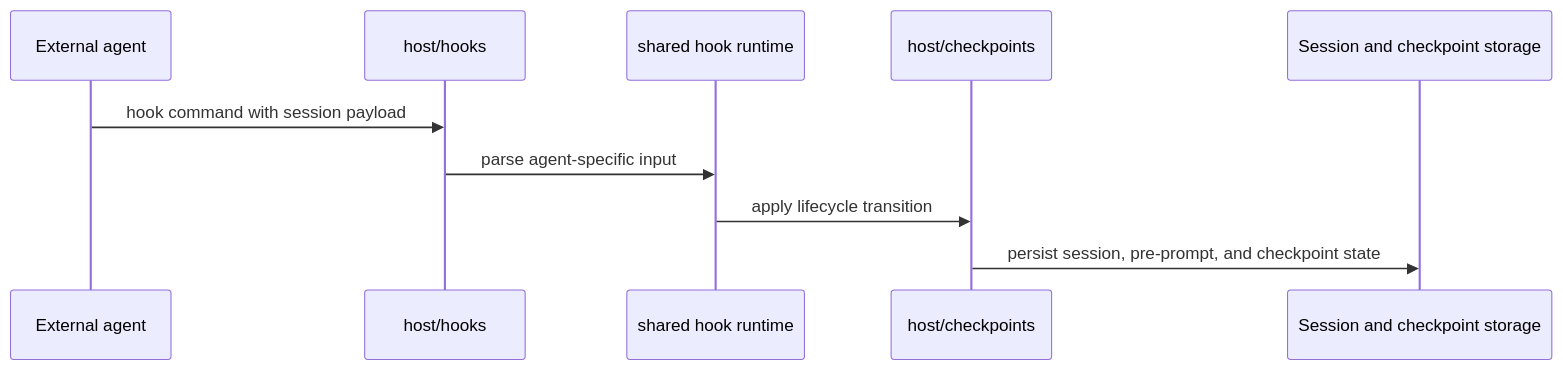
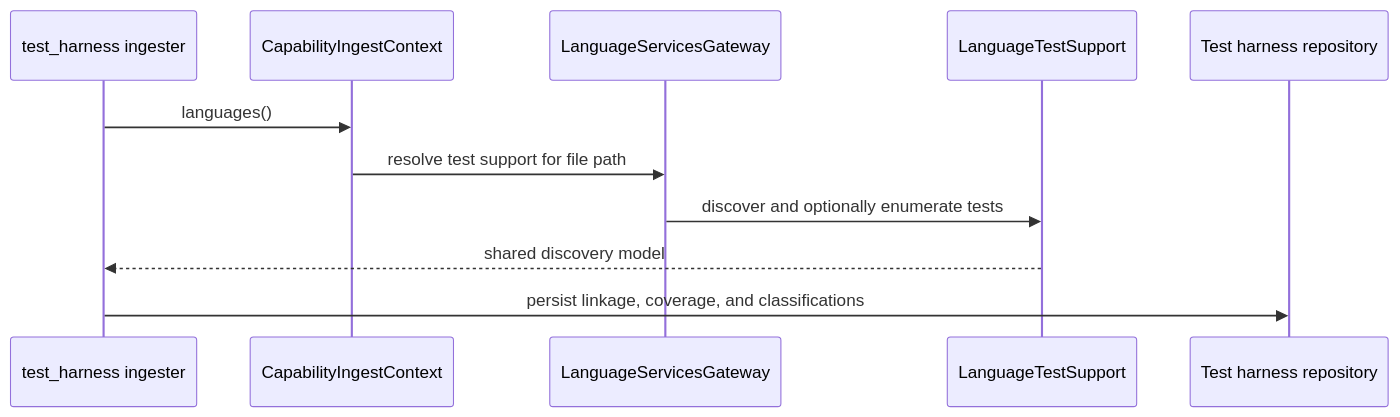
The third of 3 diagrams in docs/layered-extension-architecture.md (bitloops/bitloops), drawn with Mermaid before and after one commit. The commit also changed other lines of this file and 55 other files, not shown here.

First line of the commit message:
Enhance test harness capabilities and update GraphQL schema

````diff
--- a/docs/layered-extension-architecture.md
+++ b/docs/layered-extension-architecture.md
@@ -200,13 +188,14 @@
 ```mermaid
 sequenceDiagram
-    participant Agent as External agent
-    participant Hooks as host/hooks
-    participant Runtime as shared hook runtime
-    participant Checkpoints as host/checkpoints
-    participant Store as Session and checkpoint storage
+    participant TestHarness as test_harness ingester
+    participant HostCtx as CapabilityIngestContext
+    participant LangSvc as LanguageServicesGateway
+    participant Adapter as LanguageTestSupport
+    participant Store as Test harness repository
 
-    Agent->>Hooks: hook command with session payload
-    Hooks->>Runtime: parse agent-specific input
-    Runtime->>Checkpoints: apply lifecycle transition
-    Checkpoints->>Store: persist session, pre-prompt, and checkpoint state
+    TestHarness->>HostCtx: languages()
+    HostCtx->>LangSvc: resolve test support for file path
+    LangSvc->>Adapter: discover and optionally enumerate tests
+    Adapter-->>TestHarness: shared discovery model
+    TestHarness->>Store: persist linkage, coverage, and classifications
 ```
````
